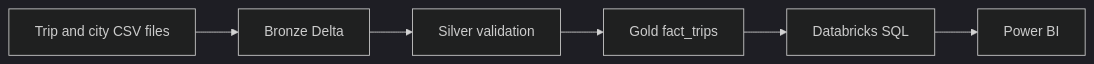
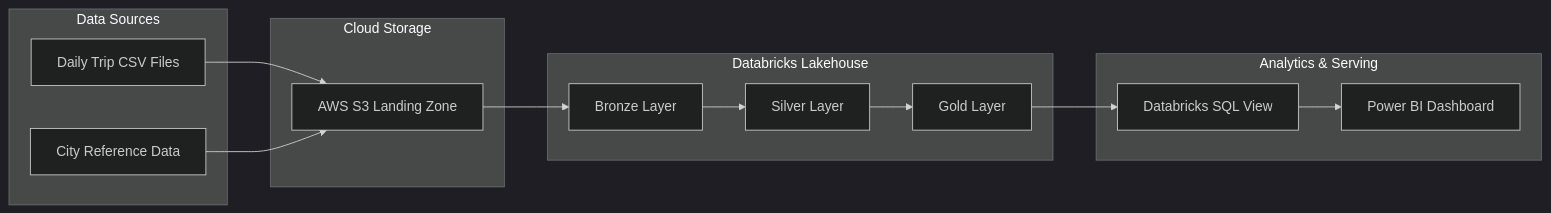
The first of 2 diagrams in README.md (syedsaud15/ola-ride-performance-analytics), drawn with Mermaid (dark theme) before and after one commit. The commit also changed other lines of this file, not shown here.

````diff
--- a/README.md
+++ b/README.md
@@ -16,8 +62,30 @@
 ```mermaid
 flowchart LR
-    A[Trip and city CSV files] --> B[Bronze Delta]
-    B --> C[Silver validation]
-    C --> D[Gold fact_trips]
-    D --> E[Databricks SQL]
-    E --> F[Power BI]
+    subgraph Sources["Data Sources"]
+        A[Daily Trip CSV Files]
+        B[City Reference Data]
+    end
+
+    subgraph Storage["Cloud Storage"]
+        C[AWS S3 Landing Zone]
+    end
+
+    subgraph Databricks["Databricks Lakehouse"]
+        D[Bronze Layer]
+        E[Silver Layer]
+        F[Gold Layer]
+    end
+
+    subgraph Serving["Analytics & Serving"]
+        G[Databricks SQL View]
+        H[Power BI Dashboard]
+    end
+
+    A --> C
+    B --> C
+    C --> D
+    D --> E
+    E --> F
+    F --> G
+    G --> H
 ```
````
